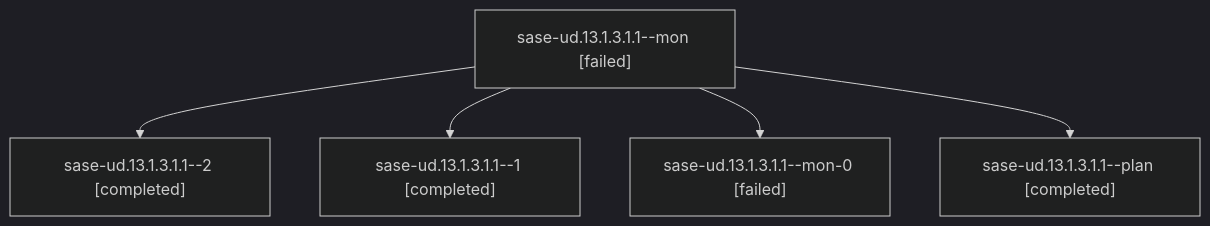
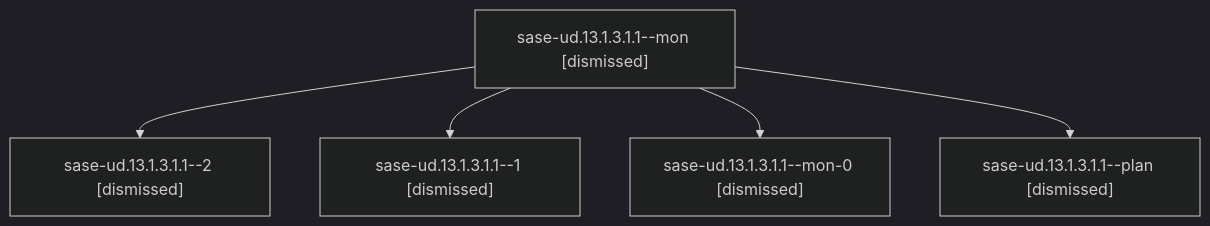
One commit to sase-org/sase--agents changed the diagram in families/bbugyi200.athena.sase-ud.13.1.3.1.1.md. Above: the diagram before and after it, drawn with Mermaid (dark theme). The commit also changed other lines of this file and 206 other files, not shown here.

````diff
--- a/families/bbugyi200.athena.sase-ud.13.1.3.1.1.md
+++ b/families/bbugyi200.athena.sase-ud.13.1.3.1.1.md
@@ -9,12 +9,12 @@
 ```mermaid
 flowchart TD
-  n0["sase-ud.13.1.3.1.1--mon [failed]"]
-  n1["sase-ud.13.1.3.1.1--2 [completed]"]
+  n0["sase-ud.13.1.3.1.1--mon [dismissed]"]
+  n1["sase-ud.13.1.3.1.1--2 [dismissed]"]
   n0 --> n1
-  n2["sase-ud.13.1.3.1.1--1 [completed]"]
+  n2["sase-ud.13.1.3.1.1--1 [dismissed]"]
   n0 --> n2
-  n3["sase-ud.13.1.3.1.1--mon-0 [failed]"]
+  n3["sase-ud.13.1.3.1.1--mon-0 [dismissed]"]
   n0 --> n3
-  n4["sase-ud.13.1.3.1.1--plan [completed]"]
+  n4["sase-ud.13.1.3.1.1--plan [dismissed]"]
   n0 --> n4
 ```
````
